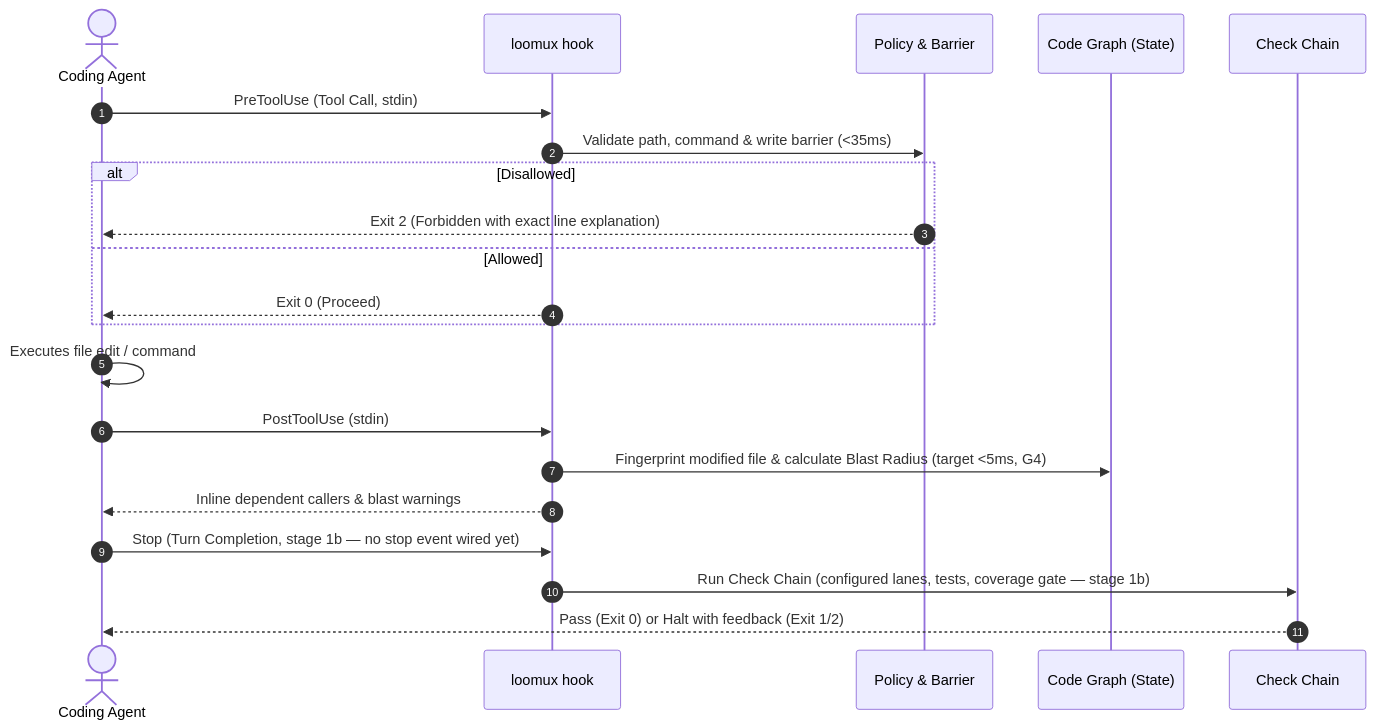
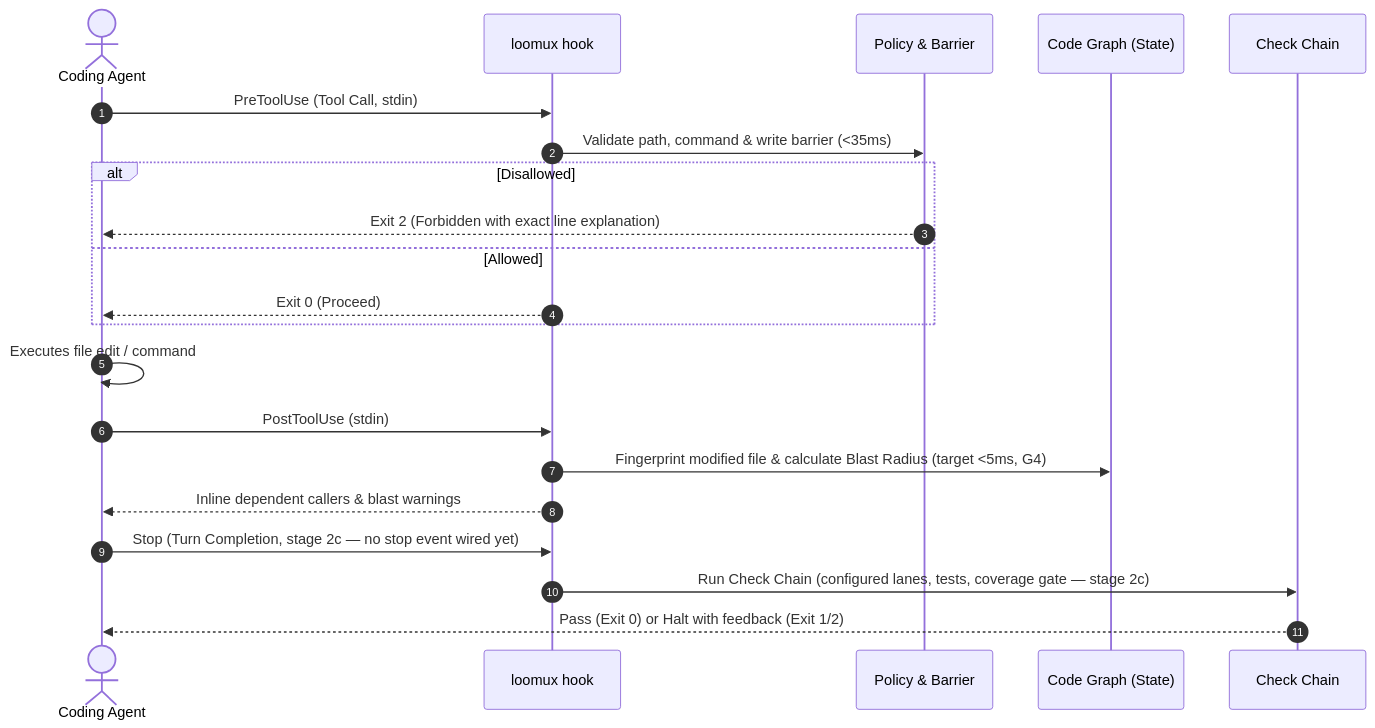
The second of 4 diagrams in README.md (xidus90/loomux), drawn with Mermaid before and after one commit. The commit also changed other lines of this file and 1 other file, not shown here.

````diff
--- a/README.md
+++ b/README.md
@@ -46,27 +46,27 @@
 ```mermaid
 sequenceDiagram
     autonumber
     actor Agent as Coding Agent
     participant Hook as loomux hook
     participant Policy as Policy & Barrier
     participant Graph as Code Graph (State)
     participant Verify as Check Chain
 
     Agent->>Hook: PreToolUse (Tool Call, stdin)
     Hook->>Policy: Validate path, command & write barrier (<35ms)
     alt Disallowed
         Policy-->>Agent: Exit 2 (Forbidden with exact line explanation)
     else Allowed
         Hook-->>Agent: Exit 0 (Proceed)
     end
 
     Agent->>Agent: Executes file edit / command
 
     Agent->>Hook: PostToolUse (stdin)
     Hook->>Graph: Fingerprint modified file & calculate Blast Radius (target <5ms, G4)
     Hook-->>Agent: Inline dependent callers & blast warnings
 
-    Agent->>Hook: Stop (Turn Completion, stage 1b — no stop event wired yet)
-    Hook->>Verify: Run Check Chain (configured lanes, tests, coverage gate — stage 1b)
+    Agent->>Hook: Stop (Turn Completion, stage 2c — no stop event wired yet)
+    Hook->>Verify: Run Check Chain (configured lanes, tests, coverage gate — stage 2c)
     Verify-->>Agent: Pass (Exit 0) or Halt with feedback (Exit 1/2)
 ```
````
